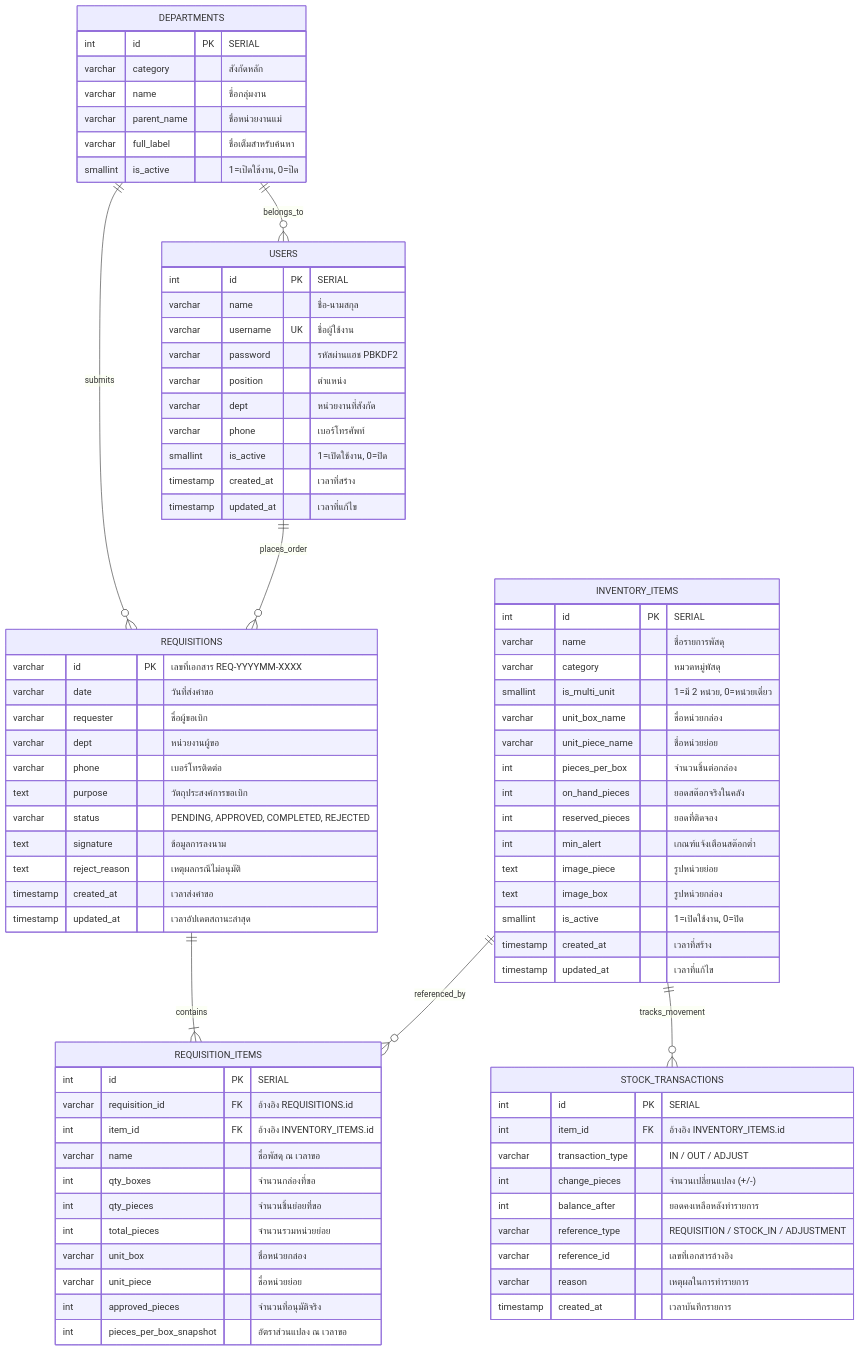
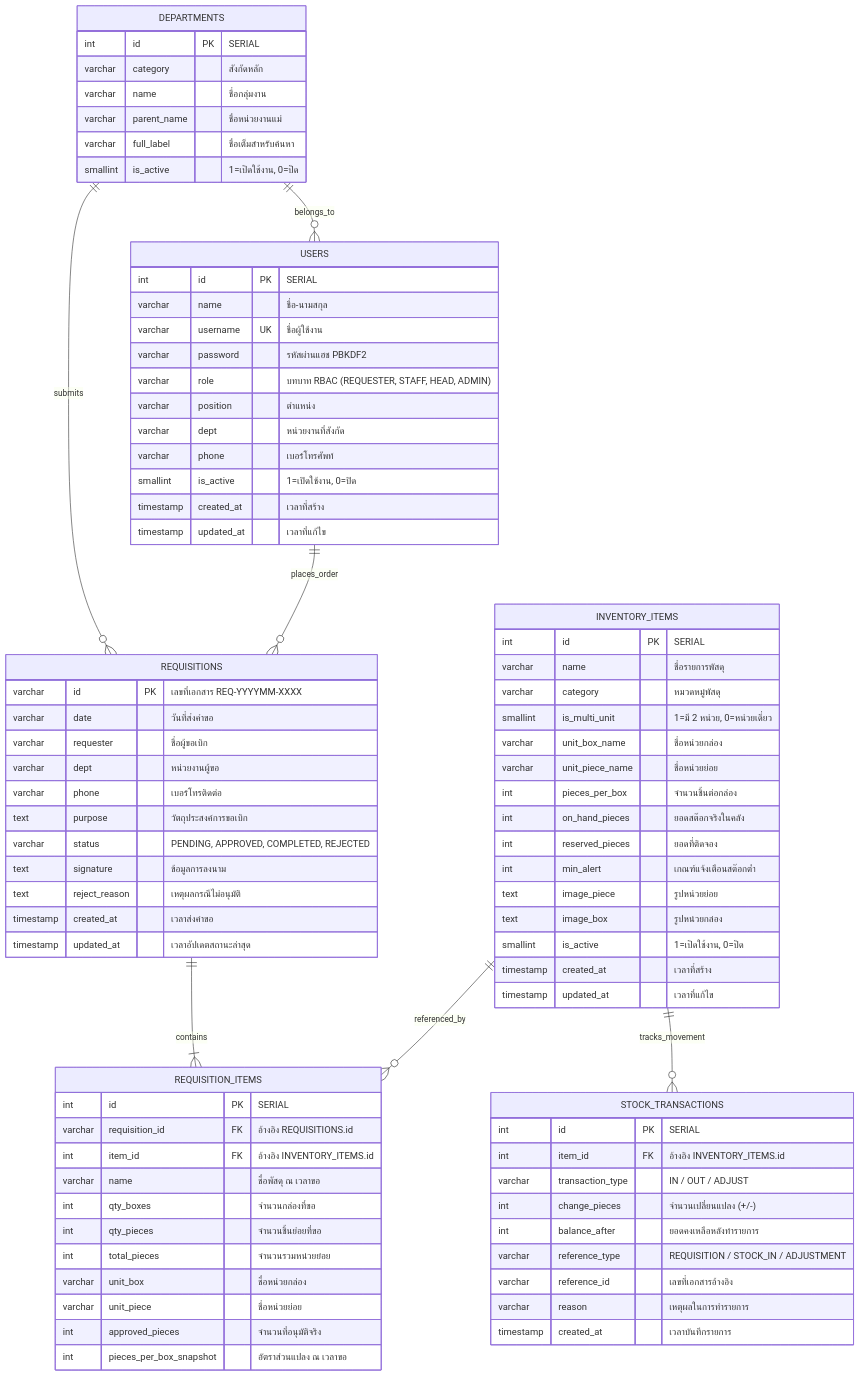
One commit to itsmekritsanai/stock-order-sdu changed the diagram in docs/DATA_DICTIONARY.md. Above: the diagram before and after it, drawn with Mermaid. The commit also changed 11 other files, not shown here.

```diff
--- a/docs/DATA_DICTIONARY.md
+++ b/docs/DATA_DICTIONARY.md
@@ -57,6 +57,7 @@
         varchar name "ชื่อ-นามสกุล"
         varchar username UK "ชื่อผู้ใช้งาน"
         varchar password "รหัสผ่านแฮช PBKDF2"
+        varchar role "บทบาท RBAC (REQUESTER, STAFF, HEAD, ADMIN)"
         varchar position "ตำแหน่ง"
         varchar dept "หน่วยงานที่สังกัด"
         varchar phone "เบอร์โทรศัพท์"
```
